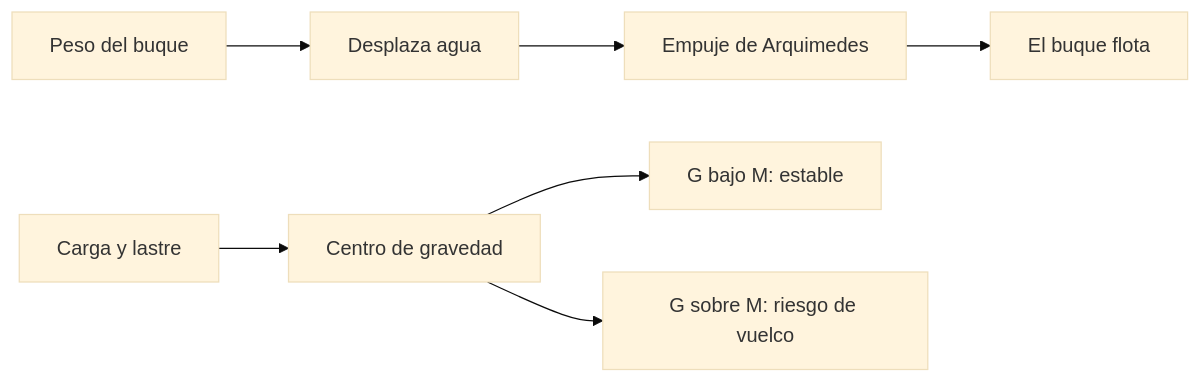
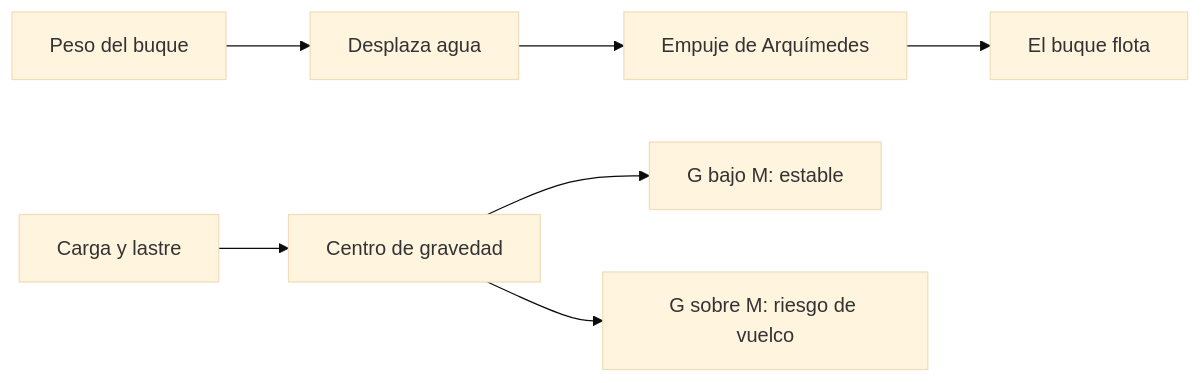
The diagram in vehiculos/barcos-mercantes/recursos/recursos-barco-mercante.md (vladimiracunadev-create/machine-operator-program), drawn with Mermaid (base theme) before and after one commit. The commit also changed other lines of this file and 442 other files, not shown here.

````diff
--- a/vehiculos/barcos-mercantes/recursos/recursos-barco-mercante.md
+++ b/vehiculos/barcos-mercantes/recursos/recursos-barco-mercante.md
@@ -28,9 +28,9 @@
 ```mermaid
 flowchart LR
     Peso[Peso del buque] --> Desplaza[Desplaza agua]
-    Desplaza --> Empuje[Empuje de Arquimedes]
+    Desplaza --> Empuje[Empuje de Arquímedes]
     Empuje --> Flota[El buque flota]
     Carga[Carga y lastre] --> G[Centro de gravedad]
     G --> Estable[G bajo M: estable]
     G --> Riesgo[G sobre M: riesgo de vuelco]
 ```
````
